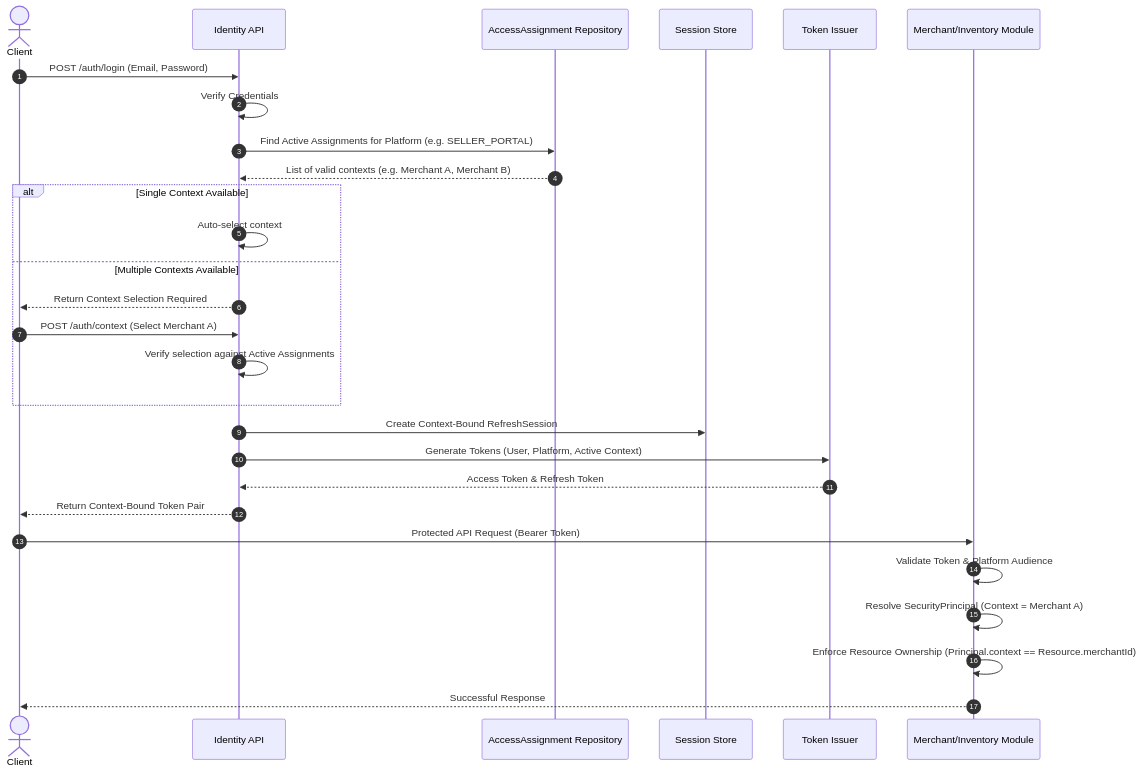
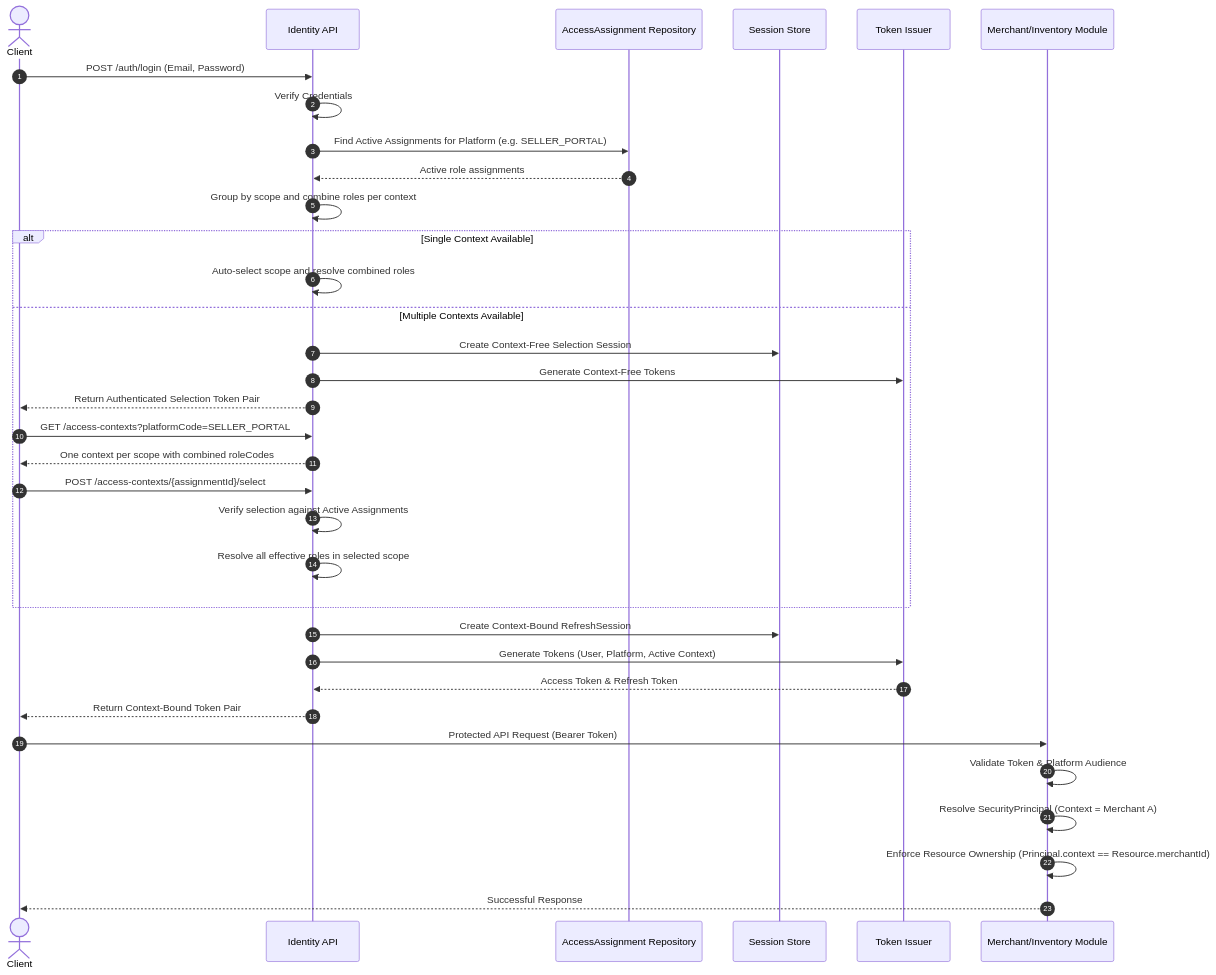
Before and after one commit to khinemyaezin/grab: the second of 2 diagrams in docs/identity/architecture/ADR_003-Platform_scopes_architecture.md, drawn with Mermaid. The commit also changed other lines of this file and 17 other files, not shown here.

Commit message:
feat: update identity session management to support role aggregation within scopes and context-free initial login selection

````diff
--- a/docs/identity/architecture/ADR_003-Platform_scopes_architecture.md
+++ b/docs/identity/architecture/ADR_003-Platform_scopes_architecture.md
@@ -92,34 +93,40 @@
 ```mermaid
 sequenceDiagram
     autonumber
     actor Client
     participant IdentityAPI as Identity API
     participant AssignmentRepo as AccessAssignment Repository
     participant SessionStore as Session Store
     participant TokenIssuer as Token Issuer
     participant ProtectedModule as Merchant/Inventory Module
 
     Client->>IdentityAPI: POST /auth/login (Email, Password)
     IdentityAPI->>IdentityAPI: Verify Credentials
     IdentityAPI->>AssignmentRepo: Find Active Assignments for Platform (e.g. SELLER_PORTAL)
-    AssignmentRepo-->>IdentityAPI: List of valid contexts (e.g. Merchant A, Merchant B)
+    AssignmentRepo-->>IdentityAPI: Active role assignments
+    IdentityAPI->>IdentityAPI: Group by scope and combine roles per context
     
     alt Single Context Available
-        IdentityAPI->>IdentityAPI: Auto-select context
+        IdentityAPI->>IdentityAPI: Auto-select scope and resolve combined roles
     else Multiple Contexts Available
-        IdentityAPI-->>Client: Return Context Selection Required
-        Client->>IdentityAPI: POST /auth/context (Select Merchant A)
+        IdentityAPI->>SessionStore: Create Context-Free Selection Session
+        IdentityAPI->>TokenIssuer: Generate Context-Free Tokens
+        IdentityAPI-->>Client: Return Authenticated Selection Token Pair
+        Client->>IdentityAPI: GET /access-contexts?platformCode=SELLER_PORTAL
+        IdentityAPI-->>Client: One context per scope with combined roleCodes
+        Client->>IdentityAPI: POST /access-contexts/{assignmentId}/select
         IdentityAPI->>IdentityAPI: Verify selection against Active Assignments
+        IdentityAPI->>IdentityAPI: Resolve all effective roles in selected scope
     end
 
     IdentityAPI->>SessionStore: Create Context-Bound RefreshSession
     IdentityAPI->>TokenIssuer: Generate Tokens (User, Platform, Active Context)
     TokenIssuer-->>IdentityAPI: Access Token & Refresh Token
     IdentityAPI-->>Client: Return Context-Bound Token Pair
 
     Client->>ProtectedModule: Protected API Request (Bearer Token)
     ProtectedModule->>ProtectedModule: Validate Token & Platform Audience
     ProtectedModule->>ProtectedModule: Resolve SecurityPrincipal (Context = Merchant A)
     ProtectedModule->>ProtectedModule: Enforce Resource Ownership (Principal.context == Resource.merchantId)
     ProtectedModule-->>Client: Successful Response
 ```
````
